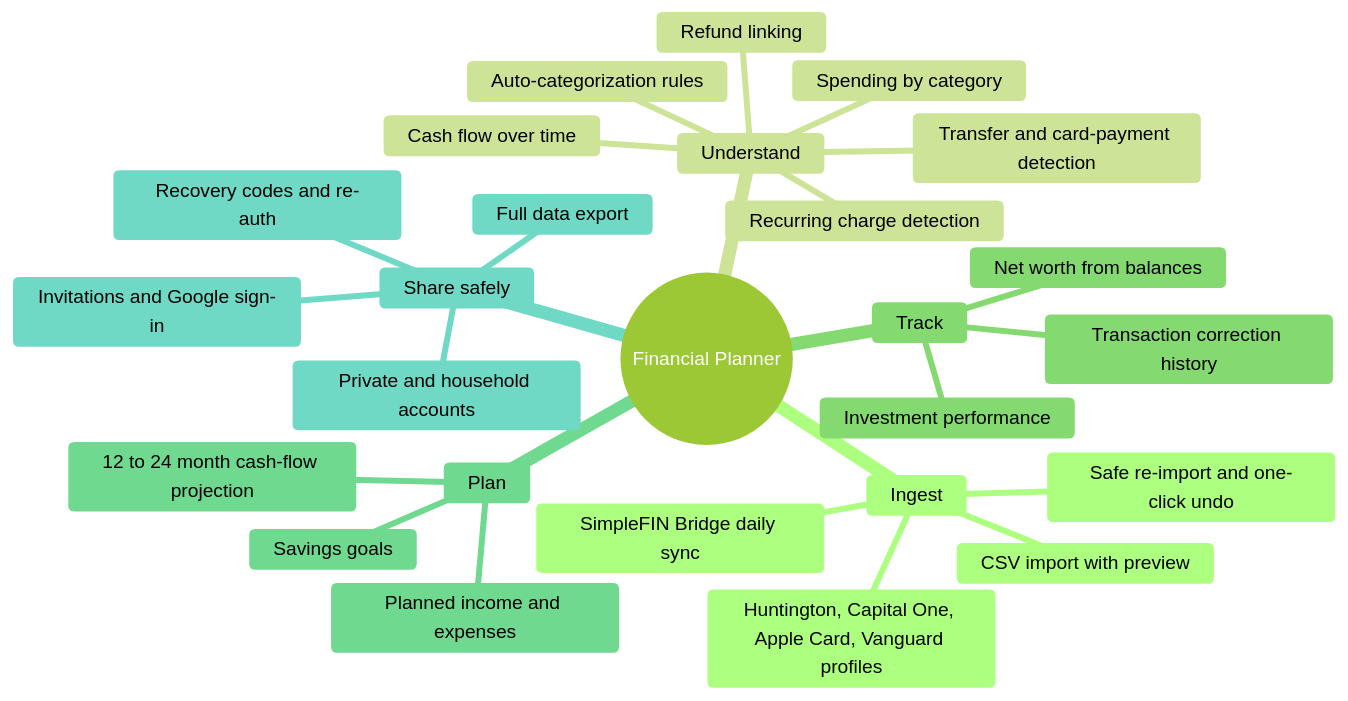
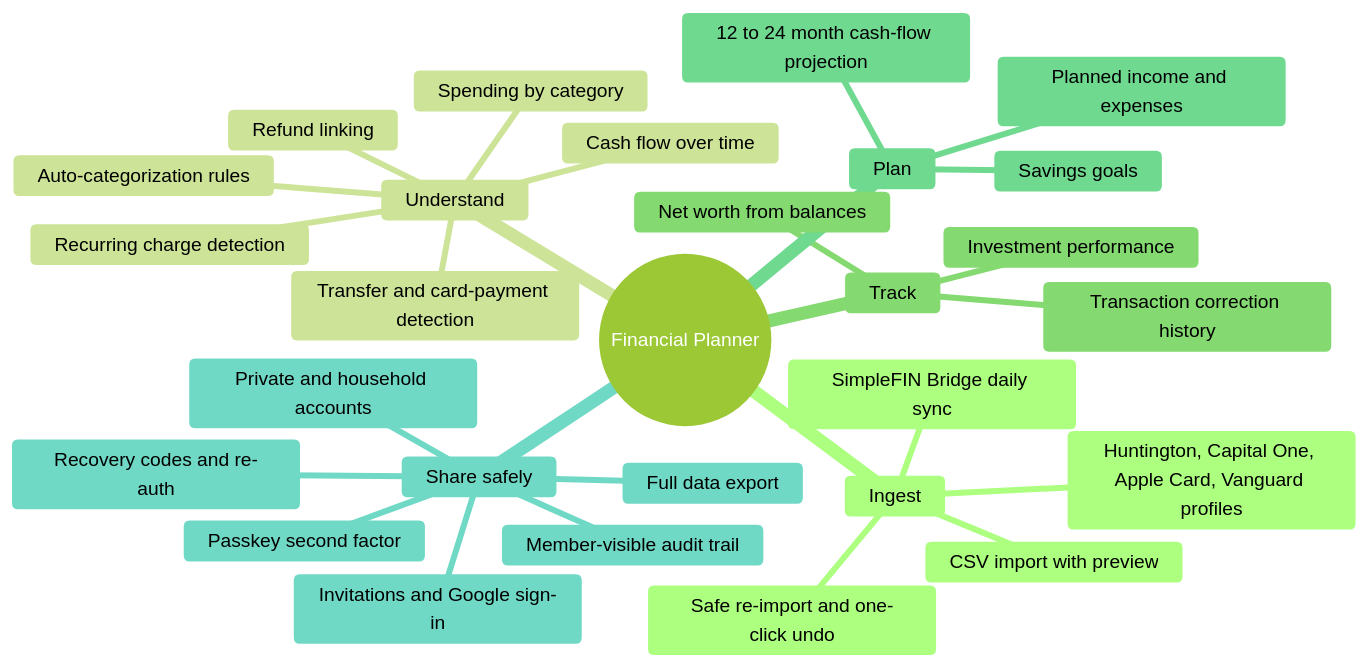
The first of 6 diagrams in README.md (dflippojr/financial-planner), drawn with Mermaid (forest theme) before and after one commit. The commit also changed other lines of this file and 2 other files, not shown here.

````diff
--- a/README.md
+++ b/README.md
@@ -39,29 +39,31 @@
 ```mermaid
 mindmap
   root((Financial Planner))
     Ingest
       CSV import with preview
       Huntington, Capital One, Apple Card, Vanguard profiles
       SimpleFIN Bridge daily sync
       Safe re-import and one-click undo
     Understand
       Cash flow over time
       Spending by category
       Transfer and card-payment detection
       Refund linking
       Recurring charge detection
       Auto-categorization rules
     Track
       Net worth from balances
       Investment performance
       Transaction correction history
     Plan
       Planned income and expenses
       12 to 24 month cash-flow projection
       Savings goals
     Share safely
       Private and household accounts
       Invitations and Google sign-in
       Recovery codes and re-auth
       Full data export
+      Passkey second factor
+      Member-visible audit trail
 ```
````
